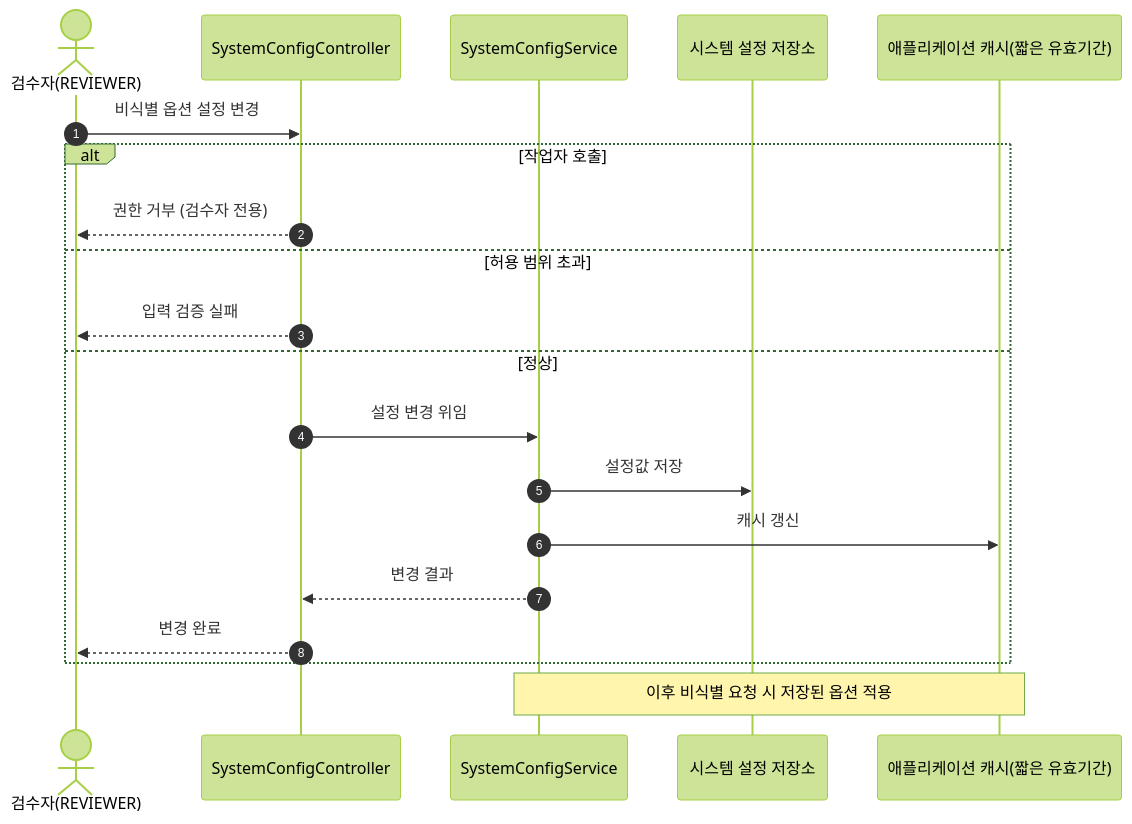
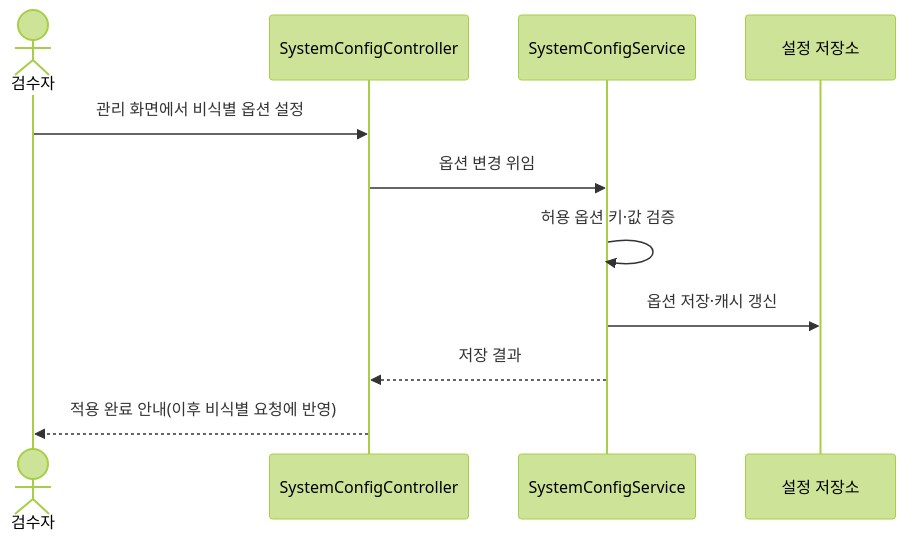
One commit to New-stella/klid-label changed diagram 12 of 36 in docs/design/D1-클래스설계서.md. Above: the diagram before and after it, drawn with Mermaid (forest theme). The commit also changed other lines of this file and 7 other files, not shown here.

````diff
--- a/docs/design/D1-클래스설계서.md
+++ b/docs/design/D1-클래스설계서.md
@@ -694,22 +552,13 @@
 ```mermaid
 sequenceDiagram
-    autonumber
-    actor RV as 검수자(REVIEWER)
-    participant SCC as SystemConfigController
-    participant SCS as SystemConfigService
-    participant DB as 시스템 설정 저장소
-    participant CA as 애플리케이션 캐시(짧은 유효기간)
-    RV->>SCC: 비식별 옵션 설정 변경
-    alt 작업자 호출
-        SCC-->>RV: 권한 거부 (검수자 전용)
-    else 허용 범위 초과
-        SCC-->>RV: 입력 검증 실패
-    else 정상
-        SCC->>SCS: 설정 변경 위임
-        SCS->>DB: 설정값 저장
-        SCS->>CA: 캐시 갱신
-        SCS-->>SCC: 변경 결과
-        SCC-->>RV: 변경 완료
-    end
-    Note over SCS,CA: 이후 비식별 요청 시 저장된 옵션 적용
+    actor REVIEWER as 검수자
+    participant C as SystemConfigController
+    participant S as SystemConfigService
+    participant D as 설정 저장소
+    REVIEWER->>C: 관리 화면에서 비식별 옵션 설정
+    C->>S: 옵션 변경 위임
+    S->>S: 허용 옵션 키·값 검증
+    S->>D: 옵션 저장·캐시 갱신
+    S-->>C: 저장 결과
+    C-->>REVIEWER: 적용 완료 안내(이후 비식별 요청에 반영)
 ```
````
